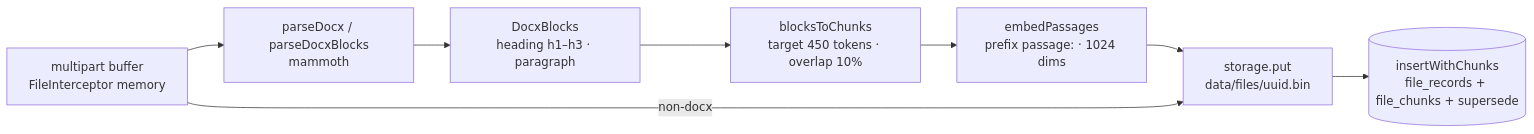
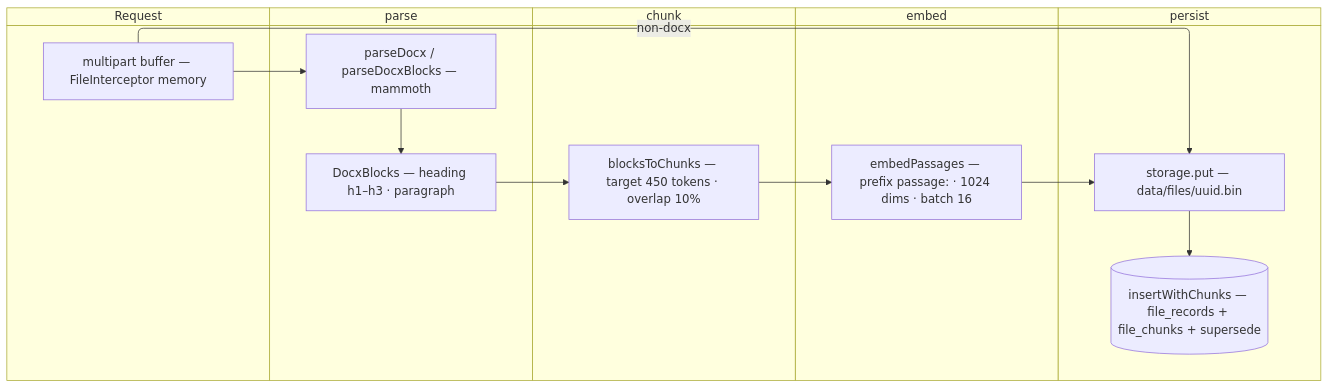
The second of 3 diagrams in src/features/files/README.md (Open-Science-and-Data-management/Backend), drawn with Mermaid before and after one commit. The commit also changed other lines of this file and 20 other files, not shown here.

````diff
--- a/src/features/files/README.md
+++ b/src/features/files/README.md
@@ -119,10 +186,27 @@
 ```mermaid
-flowchart LR
-    A[multipart buffer<br/>FileInterceptor memory] --> B[parseDocx / parseDocxBlocks<br/>mammoth]
-    B --> C[DocxBlocks<br/>heading h1–h3 · paragraph]
-    C --> D[blocksToChunks<br/>target 450 tokens · overlap 10%]
-    D --> E[embedPassages<br/>prefix passage: · 1024 dims]
-    E --> F[storage.put<br/>data/files/uuid.bin]
-    A -- non-docx --> F
-    F --> G[(insertWithChunks<br/>file_records + file_chunks + supersede)]
+swimlane-beta TB
+    subgraph req [Request]
+        P[multipart buffer — FileInterceptor memory]
+    end
+    subgraph parse [parse]
+        D1[parseDocx / parseDocxBlocks — mammoth]
+        D2[DocxBlocks — heading h1–h3 · paragraph]
+    end
+    subgraph chunk [chunk]
+        C1[blocksToChunks — target 450 tokens · overlap 10%]
+    end
+    subgraph embed [embed]
+        E1[embedPassages — prefix passage: · 1024 dims · batch 16]
+    end
+    subgraph persist [persist]
+        S1[storage.put — data/files/uuid.bin]
+        S2[(insertWithChunks — file_records + file_chunks + supersede)]
+    end
+    P --> D1
+    D1 --> D2
+    D2 --> C1
+    C1 --> E1
+    P -->|non-docx| S1
+    E1 --> S1
+    S1 --> S2
 ```
````
